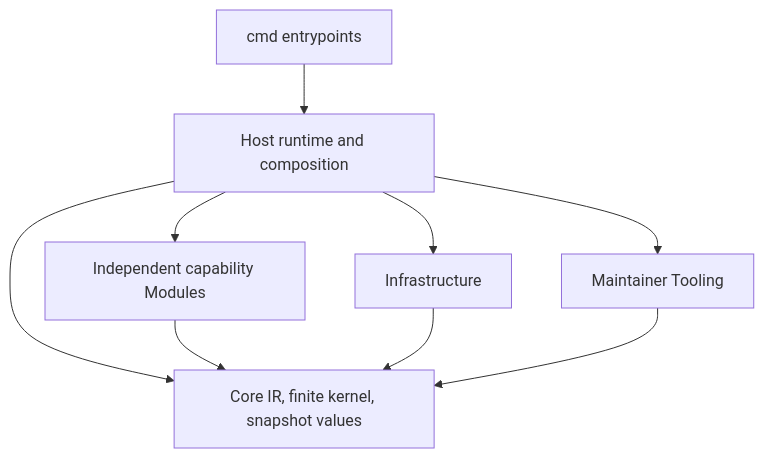
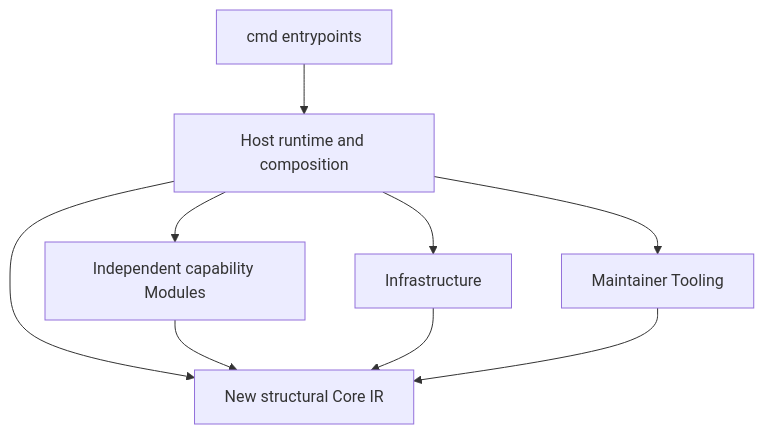
The diagram in docs/development/modules.md (Glacius-Labs/Markitect), drawn with Mermaid before and after one commit. The commit also changed other lines of this file and 246 other files, not shown here.

Commit message:
Implement canonical structural Core and reconcile-first projection foundation

````diff
--- a/docs/development/modules.md
+++ b/docs/development/modules.md
@@ -7,11 +14,11 @@
 ```mermaid
 flowchart TD
   CLI[cmd entrypoints] --> Host[Host runtime and composition]
-  Host --> Core[Core IR, finite kernel, snapshot values]
+  Host --> Core[New structural Core IR]
   Host --> Modules[Independent capability Modules]
   Modules --> Core
   Host --> Infra[Infrastructure]
   Infra --> Core
   Host --> Tooling[Maintainer Tooling]
   Tooling --> Core
 ```
````
